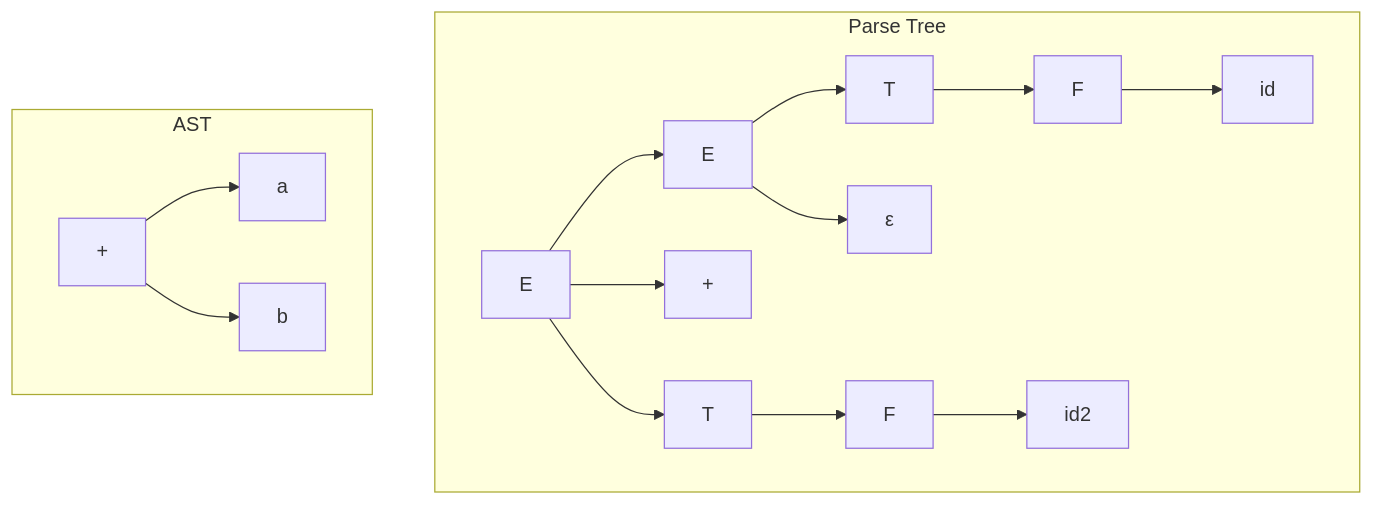
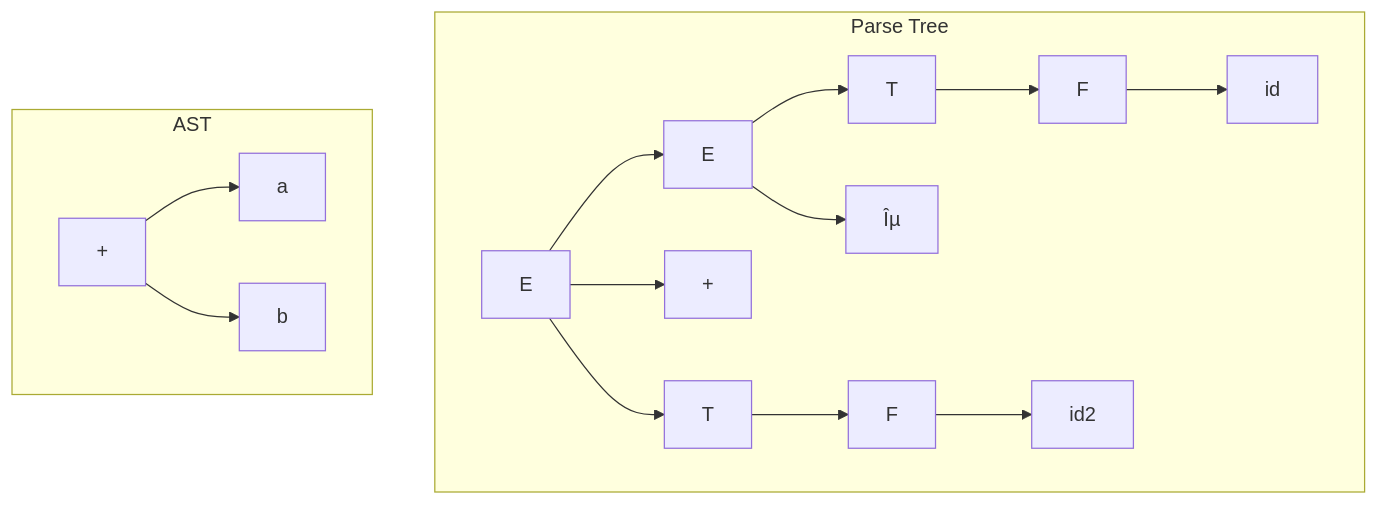
Before and after one commit to Raushan666java/ai-engineering-journey: the fifth of 7 diagrams in docs/courses/gate-cs-preparation/24-gate-2024-solved.md, drawn with Mermaid. The commit also changed other lines of this file and 30 other files, not shown here.

Commit message:
deploy: add Summary/Quiz/Exercises/TS/Mermaid to all 29 GATE CS chapters

````diff
--- a/docs/courses/gate-cs-preparation/24-gate-2024-solved.md
+++ b/docs/courses/gate-cs-preparation/24-gate-2024-solved.md
@@ -1569,18 +1569,18 @@
 ```mermaid
 graph TD
     subgraph "Parse Tree"
         E1[E] --> E2[E]
         E1 --> PLUS[+]
         E1 --> T1[T]
         E2 --> T2[T]
-        E2 --> E3[ε]
+        E2 --> E3[Îµ]
         T2 --> F[F]
         F --> id1[id]
         T1 --> F1[F]
         F1 --> id2[id2]
     end
     subgraph "AST"
         PLUS1[+] --> id3[a]
         PLUS1 --> id4[b]
     end
 ```
````
